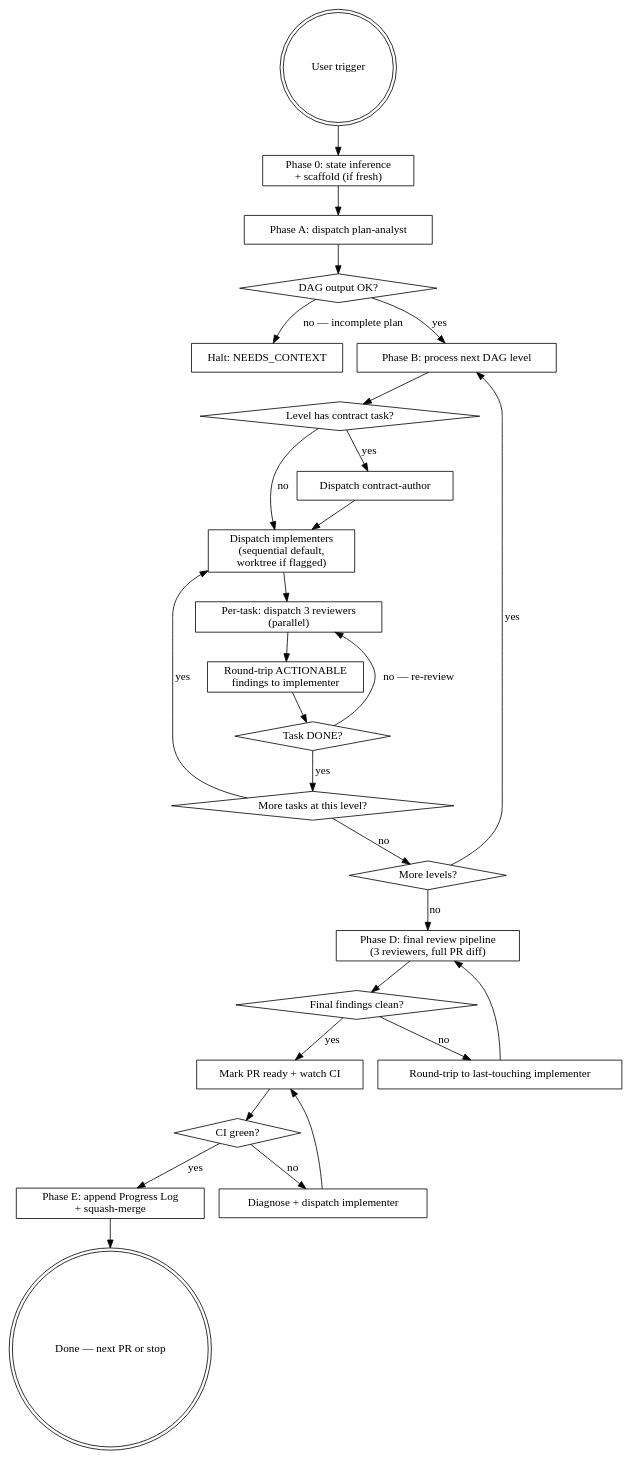
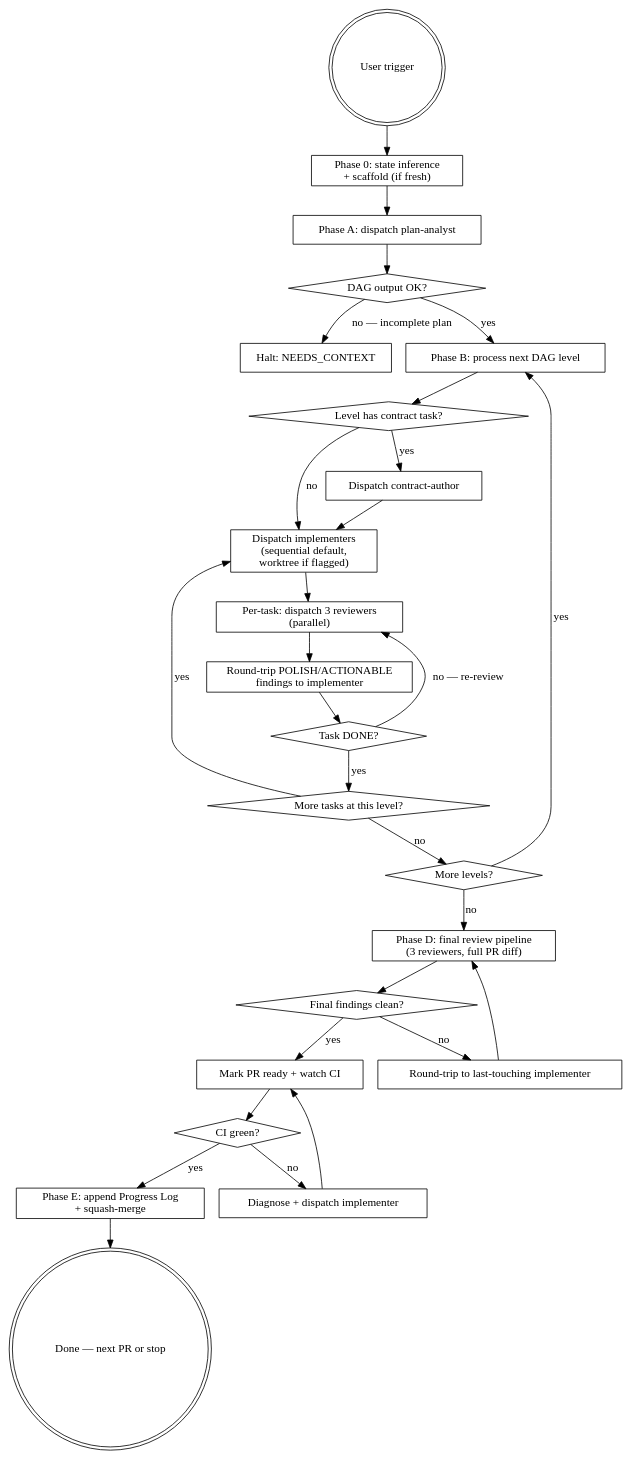
The diagram in .claude/skills/plan-execution/SKILL.md (Sawmonabo/ai-sidekicks), drawn with Graphviz before and after one commit. The commit also changed other lines of this file and 5 other files, not shown here.

````diff
--- a/.claude/skills/plan-execution/SKILL.md
+++ b/.claude/skills/plan-execution/SKILL.md
@@ -44,54 +44,54 @@
 ```dot
 digraph plan_execution_v2 {
     "User trigger" [shape=doublecircle];
     "Phase 0: state inference\n+ scaffold (if fresh)" [shape=box];
     "Phase A: dispatch plan-analyst" [shape=box];
     "DAG output OK?" [shape=diamond];
     "Halt: NEEDS_CONTEXT" [shape=box];
     "Phase B: process next DAG level" [shape=box];
     "Level has contract task?" [shape=diamond];
     "Dispatch contract-author" [shape=box];
     "Dispatch implementers\n(sequential default,\nworktree if flagged)" [shape=box];
     "Per-task: dispatch 3 reviewers\n(parallel)" [shape=box];
-    "Round-trip ACTIONABLE\nfindings to implementer" [shape=box];
+    "Round-trip POLISH/ACTIONABLE\nfindings to implementer" [shape=box];
     "Task DONE?" [shape=diamond];
     "More tasks at this level?" [shape=diamond];
     "More levels?" [shape=diamond];
     "Phase D: final review pipeline\n(3 reviewers, full PR diff)" [shape=box];
     "Final findings clean?" [shape=diamond];
     "Round-trip to last-touching implementer" [shape=box];
     "Mark PR ready + watch CI" [shape=box];
     "CI green?" [shape=diamond];
     "Diagnose + dispatch implementer" [shape=box];
     "Phase E: append Progress Log\n+ squash-merge" [shape=box];
     "Done — next PR or stop" [shape=doublecircle];
 
     "User trigger" -> "Phase 0: state inference\n+ scaffold (if fresh)";
     "Phase 0: state inference\n+ scaffold (if fresh)" -> "Phase A: dispatch plan-analyst";
     "Phase A: dispatch plan-analyst" -> "DAG output OK?";
     "DAG output OK?" -> "Halt: NEEDS_CONTEXT" [label="no — incomplete plan"];
     "DAG output OK?" -> "Phase B: process next DAG level" [label="yes"];
     "Phase B: process next DAG level" -> "Level has contract task?";
     "Level has contract task?" -> "Dispatch contract-author" [label="yes"];
     "Dispatch contract-author" -> "Dispatch implementers\n(sequential default,\nworktree if flagged)";
     "Level has contract task?" -> "Dispatch implementers\n(sequential default,\nworktree if flagged)" [label="no"];
     "Dispatch implementers\n(sequential default,\nworktree if flagged)" -> "Per-task: dispatch 3 reviewers\n(parallel)";
-    "Per-task: dispatch 3 reviewers\n(parallel)" -> "Round-trip ACTIONABLE\nfindings to implementer";
-    "Round-trip ACTIONABLE\nfindings to implementer" -> "Task DONE?";
+    "Per-task: dispatch 3 reviewers\n(parallel)" -> "Round-trip POLISH/ACTIONABLE\nfindings to implementer";
+    "Round-trip POLISH/ACTIONABLE\nfindings to implementer" -> "Task DONE?";
     "Task DONE?" -> "Per-task: dispatch 3 reviewers\n(parallel)" [label="no — re-review"];
     "Task DONE?" -> "More tasks at this level?" [label="yes"];
     "More tasks at this level?" -> "Dispatch implementers\n(sequential default,\nworktree if flagged)" [label="yes"];
     "More tasks at this level?" -> "More levels?" [label="no"];
     "More levels?" -> "Phase B: process next DAG level" [label="yes"];
     "More levels?" -> "Phase D: final review pipeline\n(3 reviewers, full PR diff)" [label="no"];
     "Phase D: final review pipeline\n(3 reviewers, full PR diff)" -> "Final findings clean?";
     "Final findings clean?" -> "Round-trip to last-touching implementer" [label="no"];
     "Round-trip to last-touching implementer" -> "Phase D: final review pipeline\n(3 reviewers, full PR diff)";
     "Final findings clean?" -> "Mark PR ready + watch CI" [label="yes"];
     "Mark PR ready + watch CI" -> "CI green?";
     "CI green?" -> "Diagnose + dispatch implementer" [label="no"];
     "Diagnose + dispatch implementer" -> "Mark PR ready + watch CI";
     "CI green?" -> "Phase E: append Progress Log\n+ squash-merge" [label="yes"];
     "Phase E: append Progress Log\n+ squash-merge" -> "Done — next PR or stop";
 }
 ```
````
